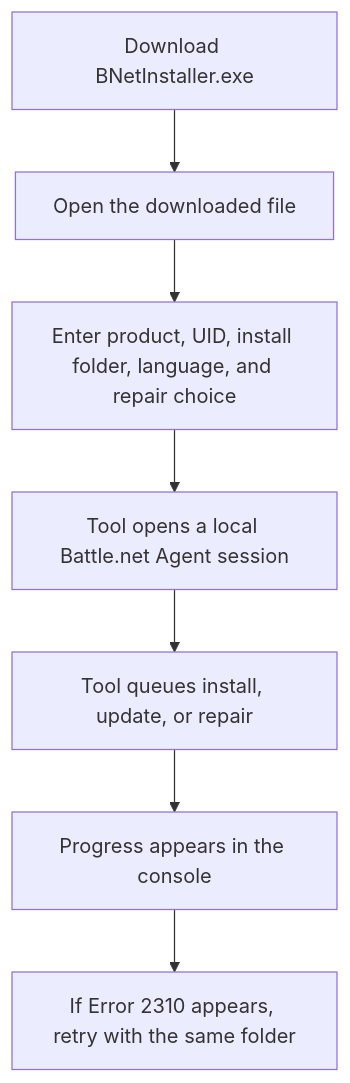
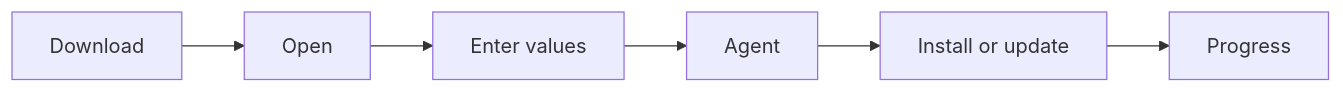
The diagram in README.md (DokPlay/Battle.Net-Installer), drawn with Mermaid before and after one commit. The commit also changed 1 other file, not shown here.

Commit message:
Simplify README diagrams

````diff
--- a/README.md
+++ b/README.md
@@ -52,9 +52,8 @@
 ```mermaid
-flowchart TD
-    A["Download BNetInstaller.exe"] --> B["Open the downloaded file"]
-    B --> C["Enter product, UID, install folder, language, and repair choice"]
-    C --> D["Tool opens a local Battle.net Agent session"]
-    D --> E["Tool queues install, update, or repair"]
-    E --> F["Progress appears in the console"]
-    F --> G["If Error 2310 appears, retry with the same folder"]
+graph LR
+    A["Download"] --> B["Open"]
+    B --> C["Enter values"]
+    C --> D["Agent"]
+    D --> E["Install or update"]
+    E --> F["Progress"]
 ```
````
